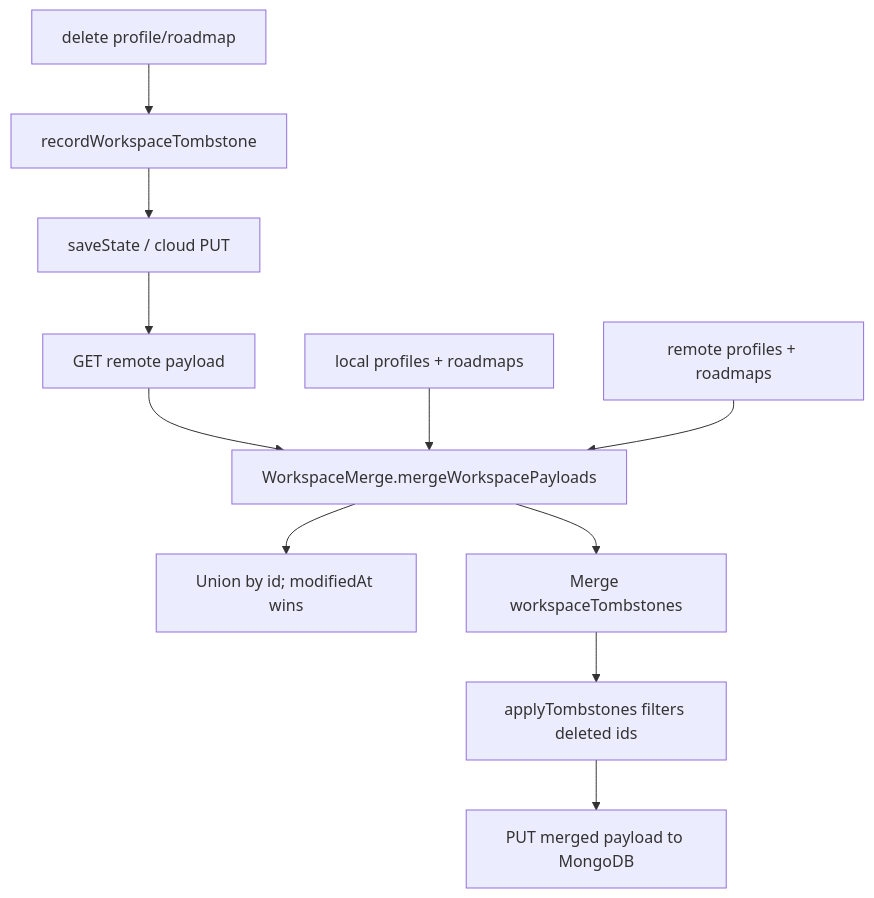
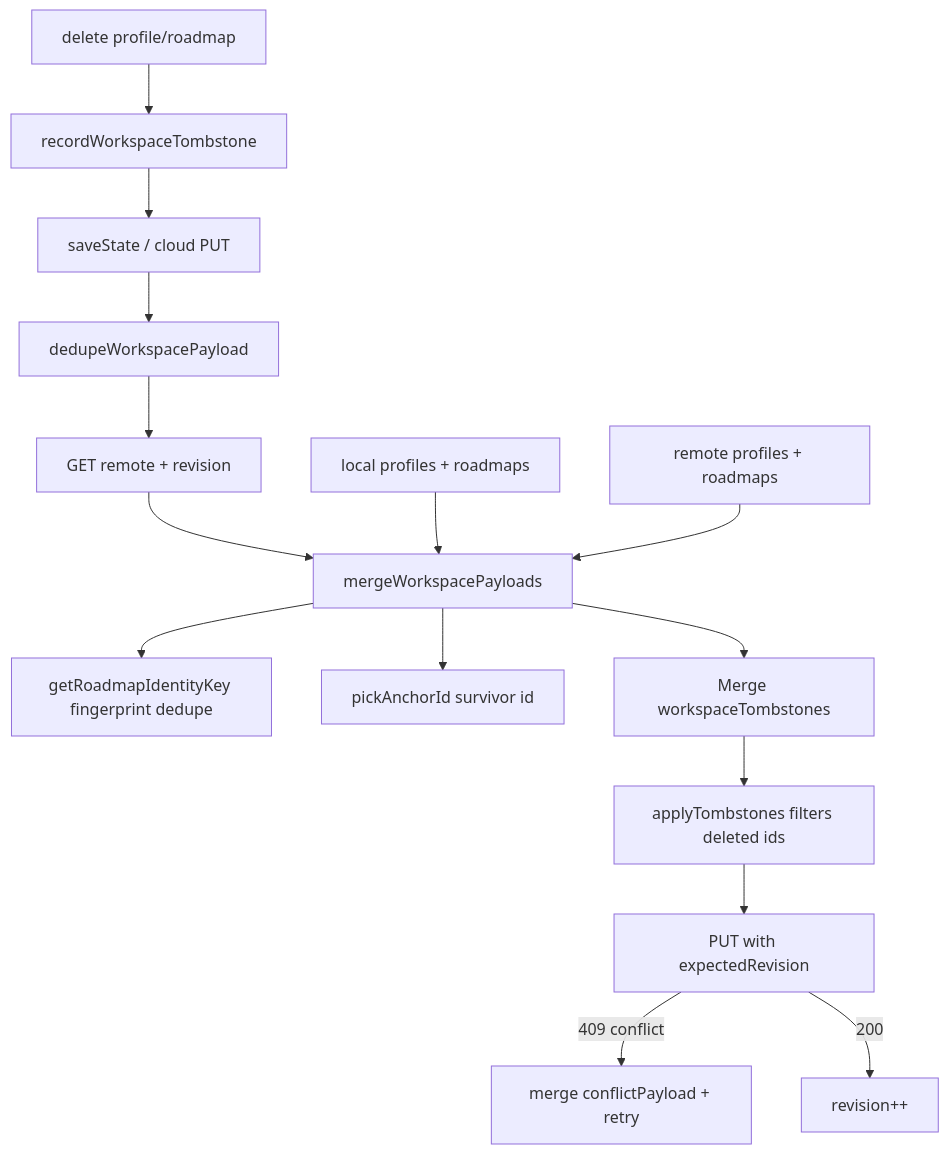
One commit to RifqiMT/pm-prioritization-tool changed diagram 19 of 20 in docs/VARIABLES.md. Above: the diagram before and after it, drawn with Mermaid. The commit also changed other lines of this file and 24 other files, not shown here.

First line of the commit message:
fix(sync): pre-save dedupe, cross-profile roadmap collapse, and single-toast UX

````diff
--- a/docs/VARIABLES.md
+++ b/docs/VARIABLES.md
@@ -507,13 +528,17 @@
 ```mermaid
 flowchart TD
-  SAVE[saveState / cloud PUT] --> FETCH[GET remote payload]
-  FETCH --> MERGE[WorkspaceMerge.mergeWorkspacePayloads]
+  SAVE[saveState / cloud PUT] --> DEDUPE[dedupeWorkspacePayload]
+  DEDUPE --> FETCH[GET remote + revision]
+  FETCH --> MERGE[mergeWorkspacePayloads]
   LOCAL[local profiles + roadmaps] --> MERGE
   REMOTE[remote profiles + roadmaps] --> MERGE
-  MERGE --> UNION[Union by id; modifiedAt wins]
+  MERGE --> FP[getRoadmapIdentityKey fingerprint dedupe]
+  MERGE --> ANCHOR[pickAnchorId survivor id]
   MERGE --> TOMB[Merge workspaceTombstones]
   TOMB --> APPLY[applyTombstones filters deleted ids]
-  APPLY --> PUT[PUT merged payload to MongoDB]
+  APPLY --> PUT[PUT with expectedRevision]
+  PUT -->|409 conflict| CM[merge conflictPayload + retry]
+  PUT -->|200| OK[revision++]
   DEL[delete profile/roadmap] --> REC[recordWorkspaceTombstone]
   REC --> SAVE
 ```
````
